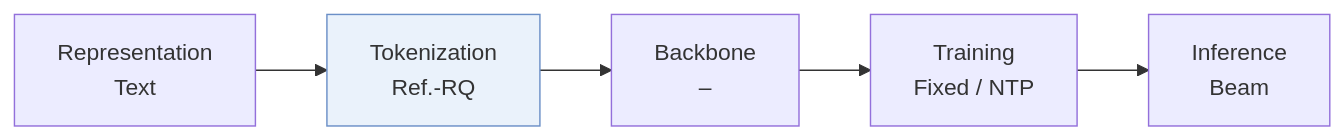
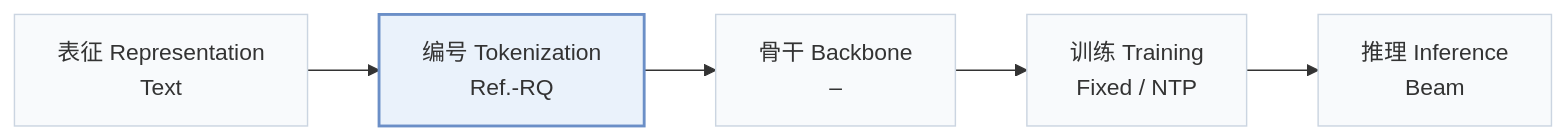
The first of 2 diagrams in pages/zh/papers/r3-vae.md (Galaxy-ghost/Awesome-SID-Generative-Rec), drawn with Mermaid before and after one commit. The commit also changed other lines of this file and 649 other files, not shown here.

Commit message:
writer-05: also tags and modality index (schema, check, build, visuals); summary field removed; calibration data for 12 papers

````diff
--- a/pages/zh/papers/r3-vae.md
+++ b/pages/zh/papers/r3-vae.md
@@ -13,6 +15,8 @@
 ```mermaid
 flowchart LR
-    R["Representation<br/>Text"] --> T["Tokenization<br/>Ref.-RQ"] --> B["Backbone<br/>–"] --> TR["Training<br/>Fixed / NTP"] --> I["Inference<br/>Beam"]
-    classDef main fill:#eaf2fb,stroke:#6b8fc7
+    R["表征 Representation<br/>Text"] --> T["编号 Tokenization<br/>Ref.-RQ"] --> B["骨干 Backbone<br/>–"] --> TR["训练 Training<br/>Fixed / NTP"] --> I["推理 Inference<br/>Beam"]
+    classDef base fill:#f8fafc,stroke:#cbd5e1
+    class R,T,B,TR,I base
+    classDef main fill:#eaf2fb,stroke:#6b8fc7,stroke-width:2px
     class T main
 ```
````
